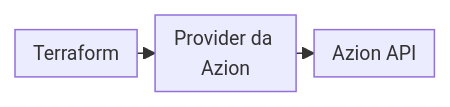
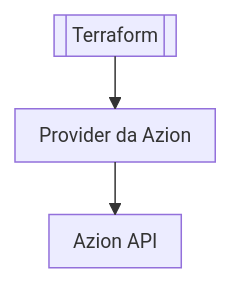
One commit to aziontech/docs changed the diagram in apps/docs/src/content/docs/pt-br/pages/devtools/terraform/terraform.mdx. Above: the diagram before and after it, drawn with Mermaid. The commit also changed 179 other files, not shown here.

Commit message:
docs(diagrams): redraw every other diagram in the use-case diagram style (#2513)

````diff
--- a/apps/docs/src/content/docs/pt-br/pages/devtools/terraform/terraform.mdx
+++ b/apps/docs/src/content/docs/pt-br/pages/devtools/terraform/terraform.mdx
@@ -64,6 +64,6 @@
 ```mermaid
-%%{init: {"layout": "dagre", "themeVariables": {"fontSize": "13px"}, "flowchart": {"nodeSpacing": 12, "rankSpacing": 12, "padding": 6, "wrappingWidth": 70, "minNodeWidth": 40, "useMaxWidth": true}}}%%
-flowchart LR
-  Tf["Terraform"] --> Prov["Provider da Azion"]
+%%{init: {"layout": "elk", "themeVariables": {"fontSize": "13px"}, "flowchart": {"nodeSpacing": 24, "rankSpacing": 36, "padding": 8, "wrappingWidth": 150, "useMaxWidth": true}, "sequence": {"width": 120, "actorMargin": 30, "useMaxWidth": true}}}%%
+flowchart TD
+  Tf[["Terraform"]] --> Prov["Provider da Azion"]
   Prov --> Api["Azion API"]
 ```
````
